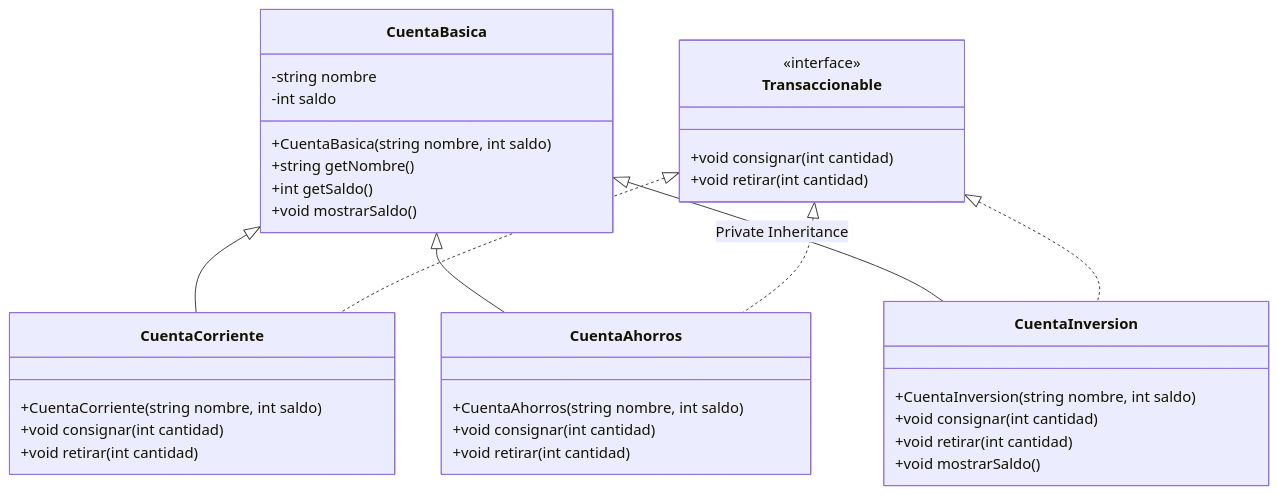
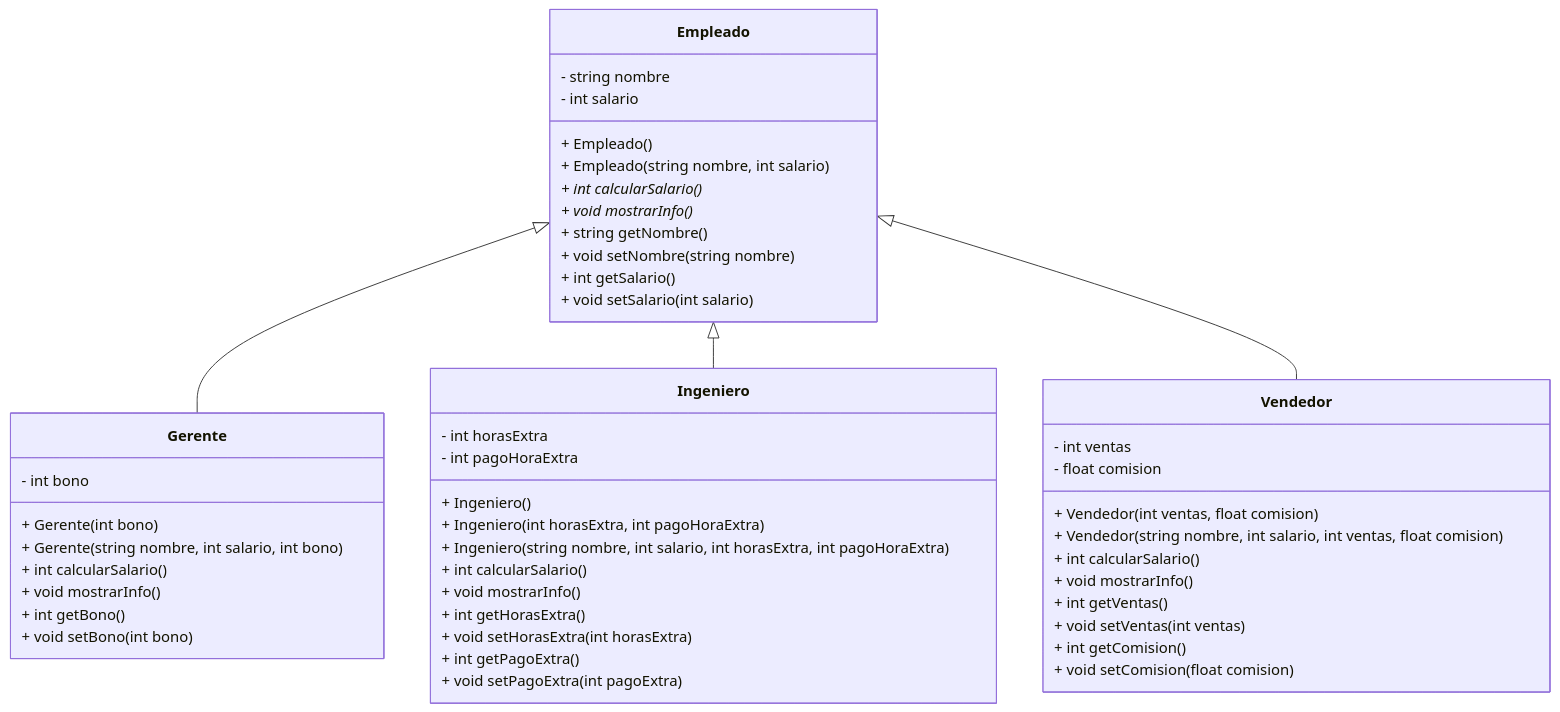
The diagram in clase23ago.md (yoanpinzon/POO), drawn with Mermaid before and after one commit. The commit also changed other lines of this file, not shown here.

````diff
--- a/clase23ago.md
+++ b/clase23ago.md
@@ -1302,44 +5,56 @@
 ```mermaid
 classDiagram
-    
-    class CuentaBasica {
-        -string nombre
-        -int saldo
-        +CuentaBasica(string nombre, int saldo)
-        +string getNombre()
-        +int getSaldo()
-        +void mostrarSaldo()
+    class Empleado {
+        - string nombre
+        - int salario
+        + Empleado()
+        + Empleado(string nombre, int salario)
+        + int calcularSalario()*
+        + void mostrarInfo()*
+        + string getNombre()
+        + void setNombre(string nombre)
+        + int getSalario()
+        + void setSalario(int salario)
     }
 
-    class Transaccionable {
-        <<interface>>
-        +void consignar(int cantidad)
-        +void retirar(int cantidad)
+    class Gerente {
+        - int bono
+        + Gerente(int bono)
+        + Gerente(string nombre, int salario, int bono)
+        + int calcularSalario()
+        + void mostrarInfo()
+        + int getBono()
+        + void setBono(int bono)
     }
 
-    class CuentaCorriente {
-        +CuentaCorriente(string nombre, int saldo)
-        +void consignar(int cantidad)
-        +void retirar(int cantidad)
+    class Ingeniero {
+        - int horasExtra
+        - int pagoHoraExtra
+        + Ingeniero()
+        + Ingeniero(int horasExtra, int pagoHoraExtra)
+        + Ingeniero(string nombre, int salario, int horasExtra, int pagoHoraExtra)
+        + int calcularSalario()
+        + void mostrarInfo()
+        + int getHorasExtra()
+        + void setHorasExtra(int horasExtra)
+        + int getPagoExtra()
+        + void setPagoExtra(int pagoExtra)
     }
 
-    class CuentaAhorros {
-        +CuentaAhorros(string nombre, int saldo)
-        +void consignar(int cantidad)
-        +void retirar(int cantidad)
+    class Vendedor {
+        - int ventas
+        - float comision
+        + Vendedor(int ventas, float comision)
+        + Vendedor(string nombre, int salario, int ventas, float comision)
+        + int calcularSalario()
+        + void mostrarInfo()
+        + int getVentas()
+        + void setVentas(int ventas)
+        + int getComision()
+        + void setComision(float comision)
     }
 
-    class CuentaInversion {
-        +CuentaInversion(string nombre, int saldo)
-        +void consignar(int cantidad)
-        +void retirar(int cantidad)
-        +void mostrarSaldo()
-    }
-
-    CuentaBasica <|-- CuentaCorriente
-    CuentaBasica <|-- CuentaAhorros
-    CuentaBasica <|-- CuentaInversion : Private Inheritance
-    Transaccionable <|.. CuentaCorriente
-    Transaccionable <|.. CuentaAhorros
-    Transaccionable <|.. CuentaInversion
+    Empleado <|-- Gerente
+    Empleado <|-- Ingeniero
+    Empleado <|-- Vendedor
 ```
````
